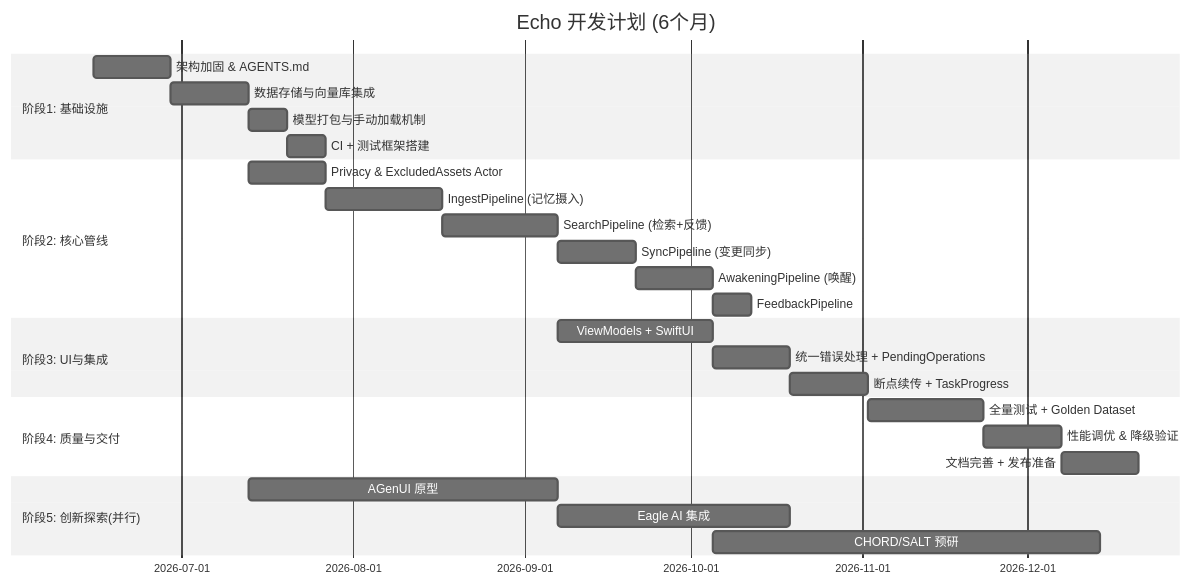
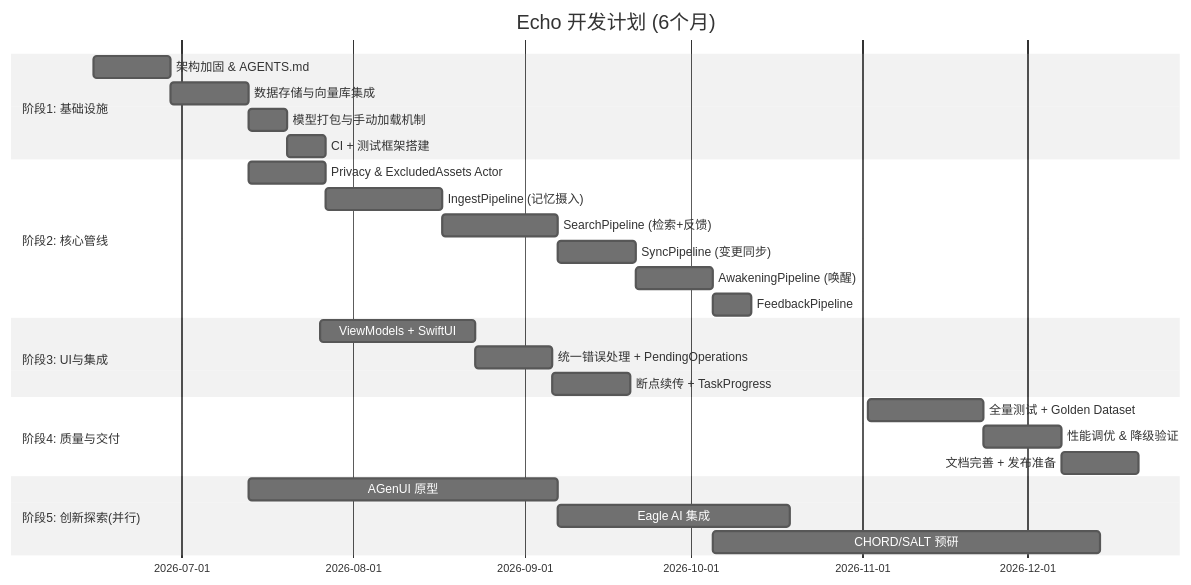
The first of 3 diagrams in docs/05-planning/开发计划安排文档.md (logan-suu/Echo), drawn with Mermaid (neutral theme) before and after one commit. The commit also changed 3 other files, not shown here.

````diff
--- a/docs/05-planning/开发计划安排文档.md
+++ b/docs/05-planning/开发计划安排文档.md
@@ -31,29 +31,29 @@
 ```mermaid
 gantt
     title Echo 开发计划 (6个月)
     dateFormat YYYY-MM-DD
     section 阶段1: 基础设施
     架构加固 & AGENTS.md          :a1, 2026-06-15, 2w
     数据存储与向量库集成           :a2, after a1, 2w
     模型打包与手动加载机制         :a3, after a2, 1w
     CI + 测试框架搭建              :a4, after a3, 1w
     section 阶段2: 核心管线
     Privacy & ExcludedAssets Actor :b1, 2026-07-13, 2w
     IngestPipeline (记忆摄入)      :b2, after b1, 3w
     SearchPipeline (检索+反馈)     :b3, after b2, 3w
     SyncPipeline (变更同步)        :b4, after b3, 2w
     AwakeningPipeline (唤醒)       :b5, after b4, 2w
     FeedbackPipeline               :b6, after b5, 1w
     section 阶段3: UI与集成
-    ViewModels + SwiftUI           :c1, 2026-09-07, 4w
+    ViewModels + SwiftUI           :c1, 2026-07-26, 4w
     统一错误处理 + PendingOperations :c2, after c1, 2w
     断点续传 + TaskProgress        :c3, after c2, 2w
     section 阶段4: 质量与交付
     全量测试 + Golden Dataset      :d1, 2026-11-02, 3w
     性能调优 & 降级验证            :d2, after d1, 2w
     文档完善 + 发布准备            :d3, after d2, 2w
     section 阶段5: 创新探索(并行)
     AGenUI 原型                    :e1, 2026-07-13, 8w
     Eagle AI 集成                  :e2, 2026-09-07, 6w
     CHORD/SALT 预研                :e3, 2026-10-05, 10w
 ```
````
